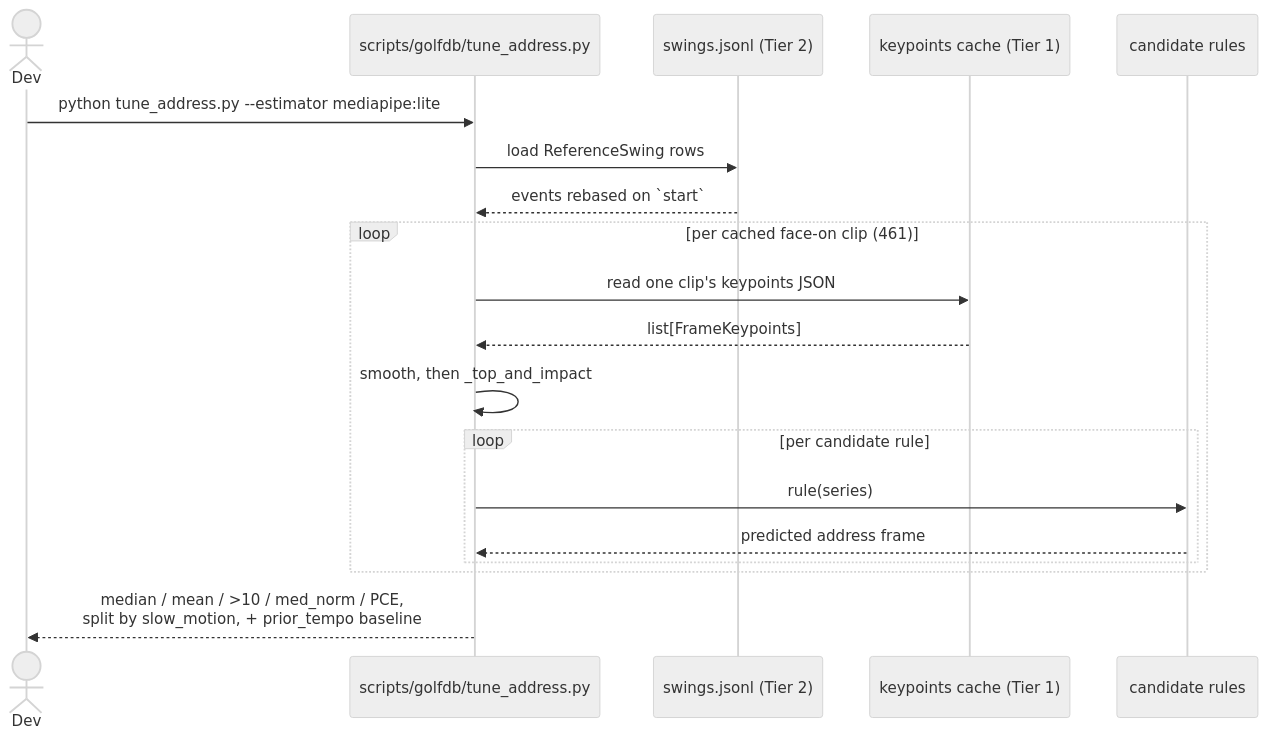
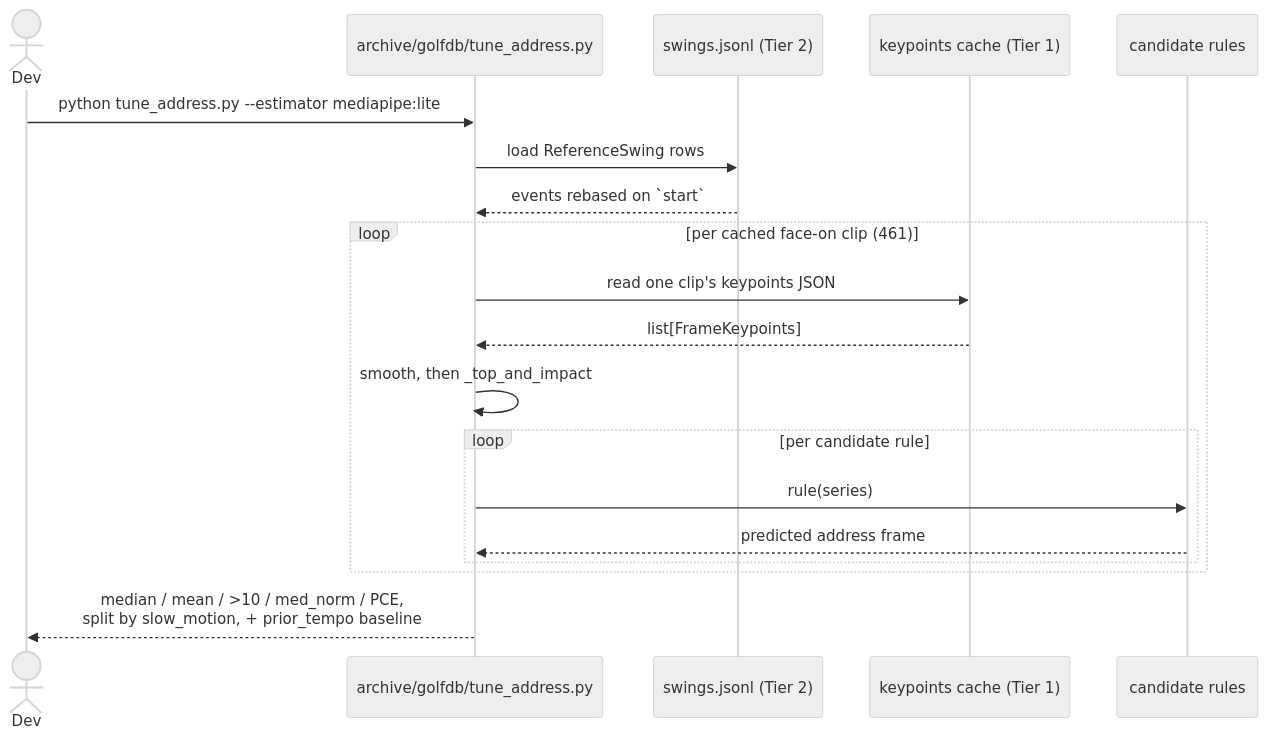
The third of 3 diagrams in docs/M4_ADDRESS_DETECTION.md (MildTreeRat/golf-coach), drawn with Mermaid (neutral theme) before and after one commit. The commit also changed other lines of this file and 410 other files, not shown here.

````diff
--- a/docs/M4_ADDRESS_DETECTION.md
+++ b/docs/M4_ADDRESS_DETECTION.md
@@ -140,22 +140,22 @@
 ```mermaid
 sequenceDiagram
     actor Dev
-    participant Tune as scripts/golfdb/tune_address.py
+    participant Tune as archive/golfdb/tune_address.py
     participant Truth as swings.jsonl (Tier 2)
     participant Cache as keypoints cache (Tier 1)
     participant Rule as candidate rules
 
     Dev->>Tune: python tune_address.py --estimator mediapipe:lite
     Tune->>Truth: load ReferenceSwing rows
     Truth-->>Tune: events rebased on `start`
     loop per cached face-on clip (461)
         Tune->>Cache: read one clip's keypoints JSON
         Cache-->>Tune: list[FrameKeypoints]
         Tune->>Tune: smooth, then _top_and_impact
         loop per candidate rule
             Tune->>Rule: rule(series)
             Rule-->>Tune: predicted address frame
         end
     end
     Tune-->>Dev: median / mean / >10 / med_norm / PCE,<br/>split by slow_motion, + prior_tempo baseline
 ```
````
